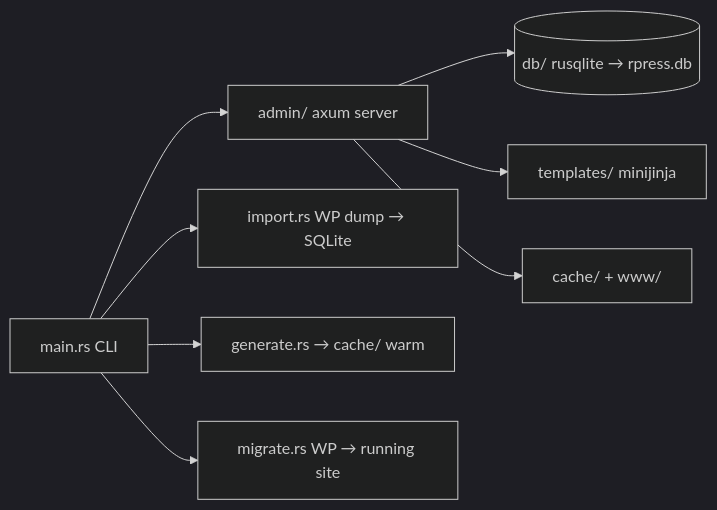
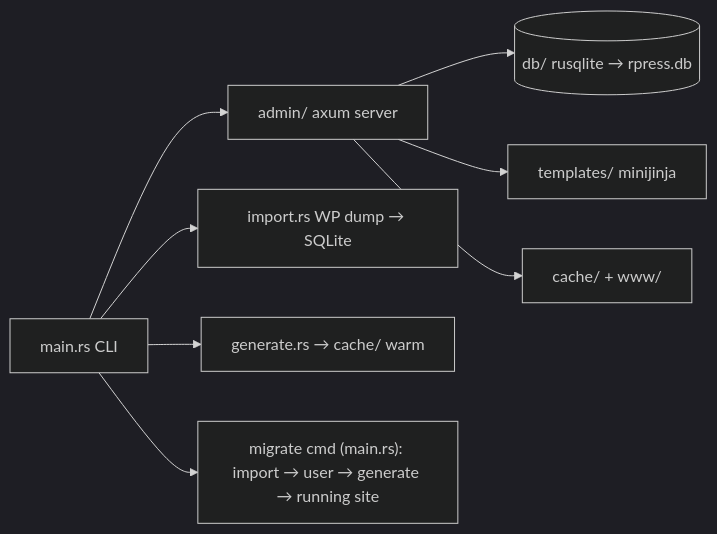
Before and after one commit to hieuspaceos/rpress: the first of 2 diagrams in docs/architecture.md, drawn with Mermaid (dark theme). The commit also changed other lines of this file and 53 other files, not shown here.

````diff
--- a/docs/architecture.md
+++ b/docs/architecture.md
@@ -5,10 +5,10 @@
 ```mermaid
 flowchart LR
     CLI[main.rs CLI] --> SRV[admin/ axum server]
     CLI --> IMP[import.rs WP dump → SQLite]
     CLI --> GEN[generate.rs → cache/ warm]
-    CLI --> MIG[migrate.rs WP → running site]
+    CLI --> MIG["migrate cmd (main.rs): import → user → generate → running site"]
     SRV --> DB[(db/ rusqlite → rpress.db)]
     SRV --> TPL[templates/ minijinja]
     SRV --> STATIC[cache/ + www/]
 ```
````
